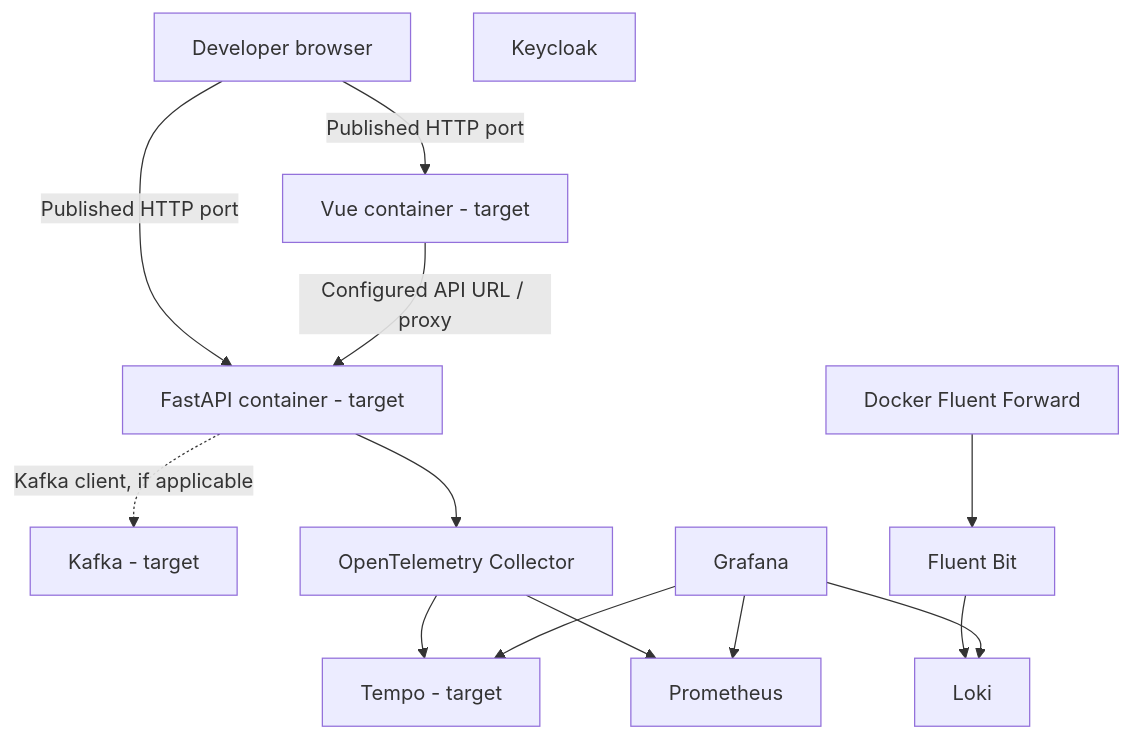
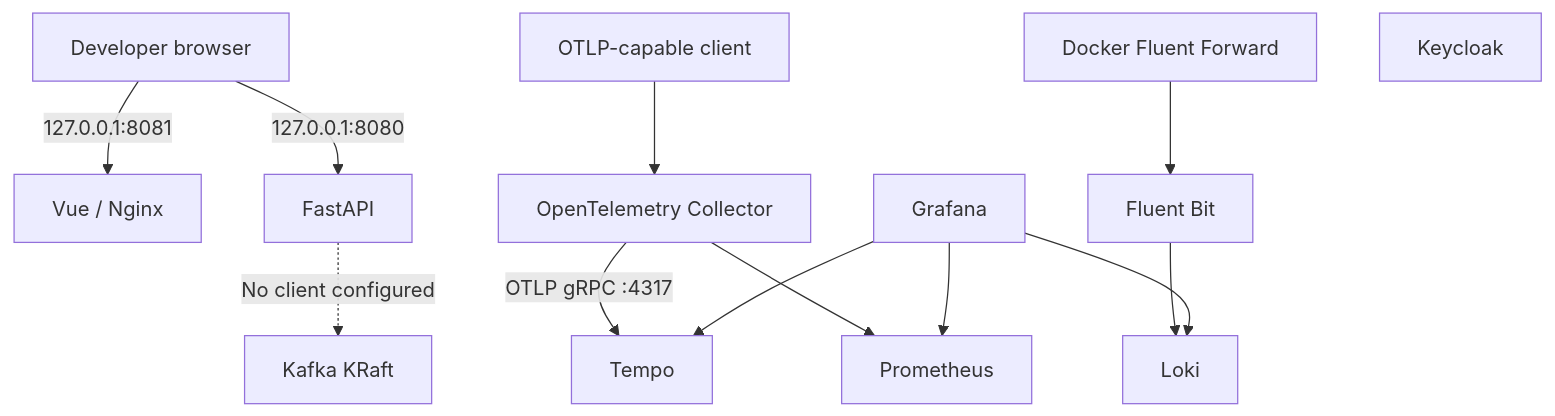
One commit to saapo-ka-baadshah/SKB.Py.FastAPIVueFramework changed the diagram in docs/arc42/07_deployment_view.md. Above: the diagram before and after it, drawn with Mermaid. The commit also changed other lines of this file and 26 other files, not shown here.

````diff
--- a/docs/arc42/07_deployment_view.md
+++ b/docs/arc42/07_deployment_view.md
@@ -7,16 +7,15 @@
 ```mermaid
 flowchart TB
-	Browser[Developer browser] -->|Published HTTP port| Frontend[Vue container - target]
-	Browser -->|Published HTTP port| Backend[FastAPI container - target]
-	Frontend -->|Configured API URL / proxy| Backend
-	Backend -.->|Kafka client, if applicable| Kafka[Kafka - target]
-	Backend --> OTel[OpenTelemetry Collector]
-	OTel --> Tempo[Tempo - target]
+	Browser[Developer browser] -->|127.0.0.1:8081| Frontend[Vue / Nginx]
+	Browser -->|127.0.0.1:8080| Backend[FastAPI]
+	Backend -.->|No client configured| Kafka[Kafka KRaft]
+	TelemetrySource[OTLP-capable client] --> OTel[OpenTelemetry Collector]
+	OTel -->|OTLP gRPC :4317| Tempo[Tempo]
 	OTel --> Prometheus[Prometheus]
 	Docker[Docker Fluent Forward] --> FluentBit[Fluent Bit]
 	FluentBit --> Loki[Loki]
 	Grafana[Grafana] --> Tempo
 	Grafana --> Prometheus
 	Grafana --> Loki
 	Keycloak[Keycloak]
 ```
````
